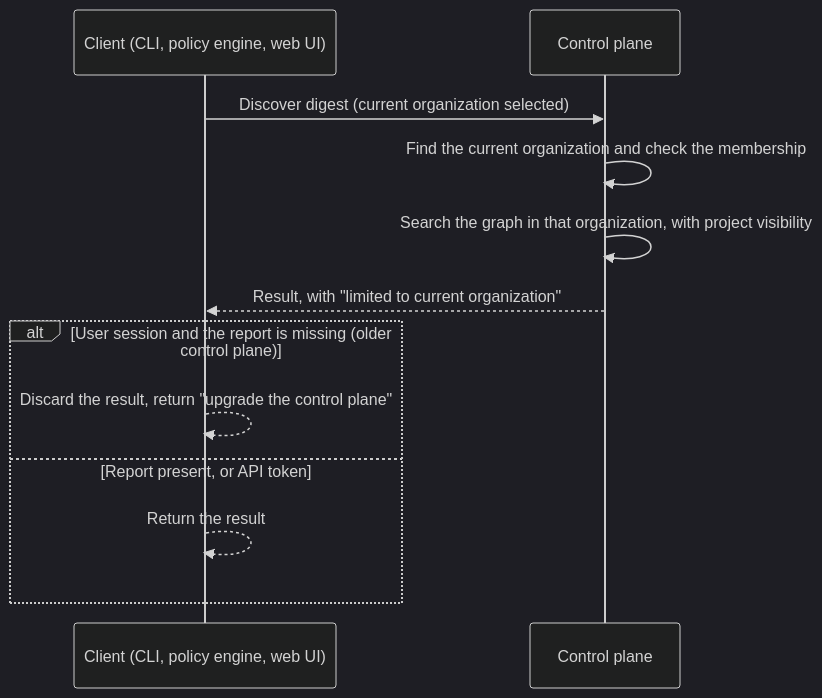
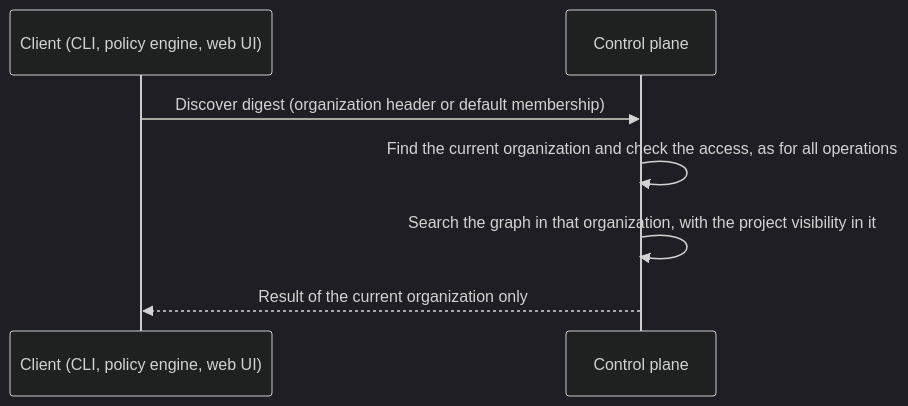
The diagram in docs/specs/issue-3776-single-org-discovery.md (chainloop-dev/chainloop), drawn with Mermaid (dark theme) before and after one commit. The commit also changed other lines of this file and 12 other files, not shown here.

First line of the commit message:
refactor(discover): server-only single-org discovery, per review

````diff
--- a/docs/specs/issue-3776-single-org-discovery.md
+++ b/docs/specs/issue-3776-single-org-discovery.md
@@ -81,14 +72,9 @@
 ```mermaid
 sequenceDiagram
     participant C as Client (CLI, policy engine, web UI)
     participant CP as Control plane
-    C->>CP: Discover digest (current organization selected)
-    CP->>CP: Find the current organization and check the membership
-    CP->>CP: Search the graph in that organization, with project visibility
-    CP-->>C: Result, with "limited to current organization"
-    alt User session and the report is missing (older control plane)
-        C-->>C: Discard the result, return "upgrade the control plane"
-    else Report present, or API token
-        C-->>C: Return the result
-    end
+    C->>CP: Discover digest (organization header or default membership)
+    CP->>CP: Find the current organization and check the access, as for all operations
+    CP->>CP: Search the graph in that organization, with the project visibility in it
+    CP-->>C: Result of the current organization only
 ```
````
